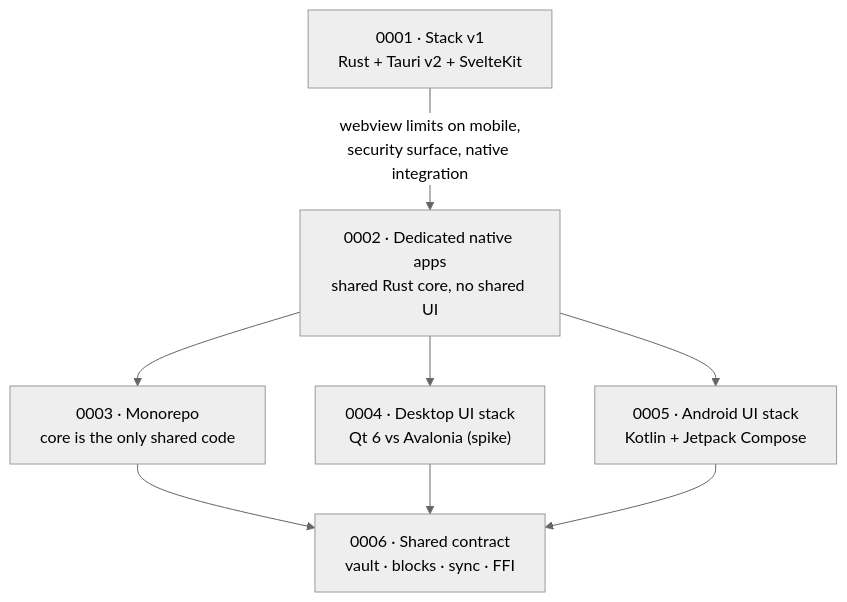
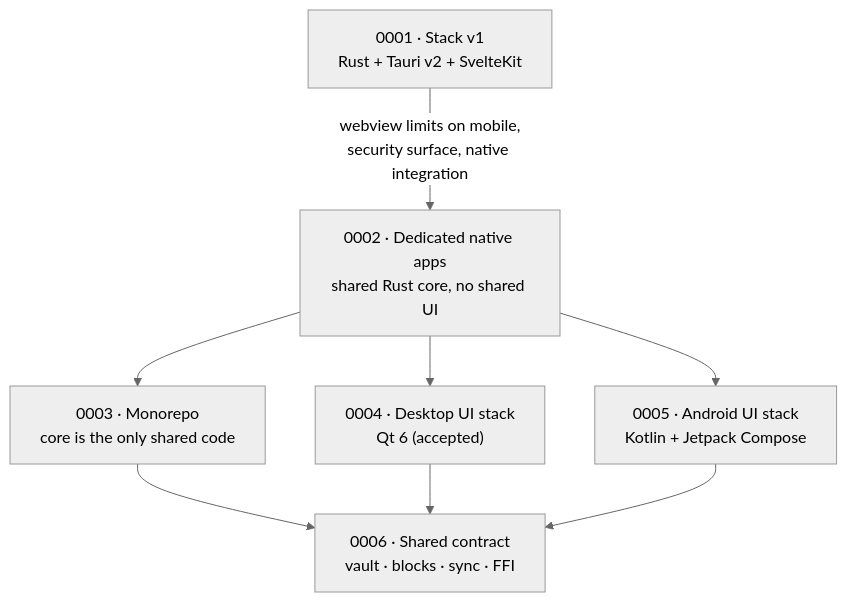
One commit to Pranesh-Selvaraj/Enclave changed the diagram in docs/decisions/README.md. Above: the diagram before and after it, drawn with Mermaid (neutral theme). The commit also changed other lines of this file and 3 other files, not shown here.

First line of the commit message:
docs(decisions): accept Qt 6 as the desktop UI stack

````diff
--- a/docs/decisions/README.md
+++ b/docs/decisions/README.md
@@ -29,10 +29,10 @@
 ```mermaid
 graph TD
     A["0001 · Stack v1<br/>Rust + Tauri v2 + SvelteKit"] -->|webview limits on mobile,<br/>security surface, native integration| B["0002 · Dedicated native apps<br/>shared Rust core, no shared UI"]
     B --> C["0003 · Monorepo<br/>core is the only shared code"]
-    B --> D["0004 · Desktop UI stack<br/>Qt 6 vs Avalonia (spike)"]
+    B --> D["0004 · Desktop UI stack<br/>Qt 6 (accepted)"]
     B --> E["0005 · Android UI stack<br/>Kotlin + Jetpack Compose"]
     C --> F["0006 · Shared contract<br/>vault · blocks · sync · FFI"]
     D --> F
     E --> F
 ```
````
